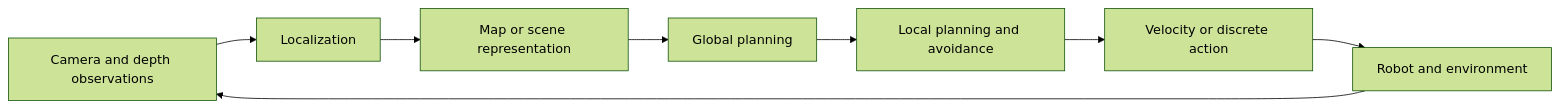
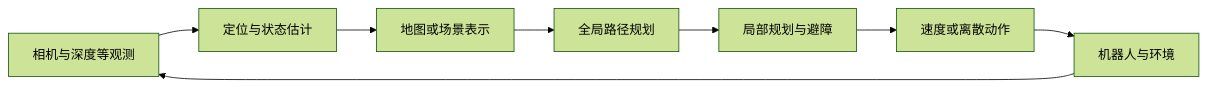
The diagram in en/08-navigation-and-vln/01-navigation-algorithms-practical-guide/basic-introduction-to-embodied-navigation-algorithms.md (CloudEngineHub/every-embodied), drawn with Mermaid (forest theme) before and after one commit. The commit also changed other lines of this file and 3 other files, not shown here.

````diff
--- a/en/08-navigation-and-vln/01-navigation-algorithms-practical-guide/basic-introduction-to-embodied-navigation-algorithms.md
+++ b/en/08-navigation-and-vln/01-navigation-algorithms-practical-guide/basic-introduction-to-embodied-navigation-algorithms.md
@@ -7,10 +15,10 @@
 ```mermaid
 flowchart LR
-    A[Camera and depth observations] --> B[Localization]
-    B --> C[Map or scene representation]
-    C --> D[Global planning]
-    D --> E[Local planning and avoidance]
-    E --> F[Velocity or discrete action]
-    F --> G[Robot and environment]
+    A[相机与深度等观测] --> B[定位与状态估计]
+    B --> C[地图或场景表示]
+    C --> D[全局路径规划]
+    D --> E[局部规划与避障]
+    E --> F[速度或离散动作]
+    F --> G[机器人与环境]
     G --> A
 ```
````
